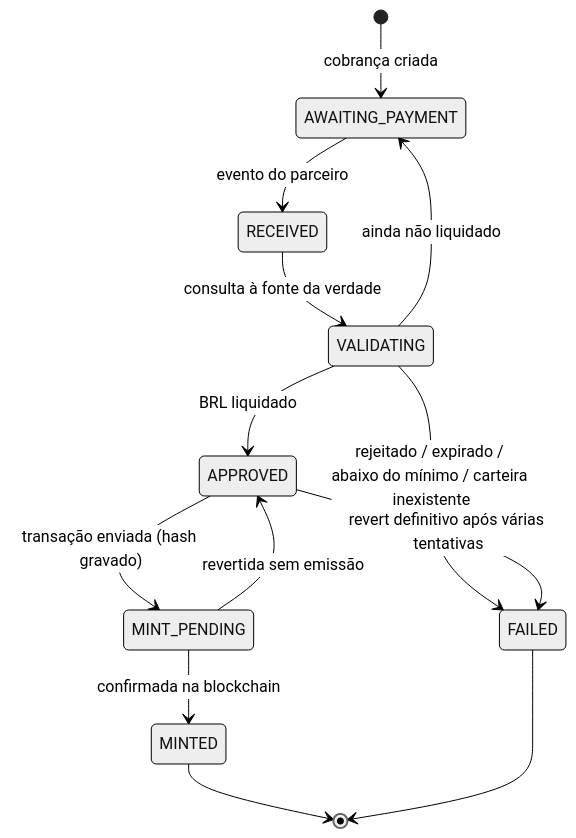
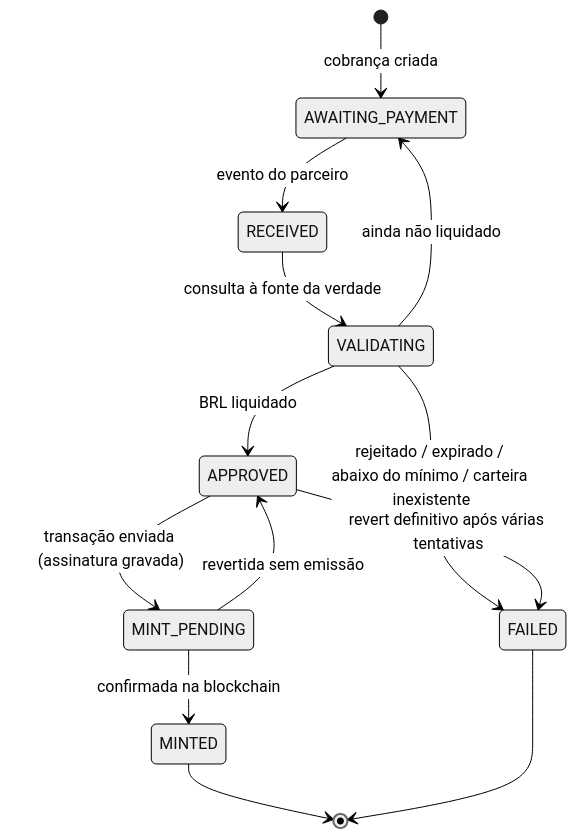
Before and after one commit to Peragus01/Mumbuca-plus: the fourth of 4 diagrams in README.md, drawn with Mermaid (neutral theme). The commit also changed other lines of this file and 1 other file, not shown here.

````diff
--- a/README.md
+++ b/README.md
@@ -242,15 +242,15 @@
 ```mermaid
 stateDiagram-v2
     [*] --> AWAITING_PAYMENT: cobrança criada
     AWAITING_PAYMENT --> RECEIVED: evento do parceiro
     RECEIVED --> VALIDATING: consulta à fonte da verdade
     VALIDATING --> AWAITING_PAYMENT: ainda não liquidado
     VALIDATING --> APPROVED: BRL liquidado
     VALIDATING --> FAILED: rejeitado / expirado / abaixo do mínimo / carteira inexistente
-    APPROVED --> MINT_PENDING: transação enviada (hash gravado)
+    APPROVED --> MINT_PENDING: transação enviada (assinatura gravada)
     MINT_PENDING --> MINTED: confirmada na blockchain
     MINT_PENDING --> APPROVED: revertida sem emissão
     APPROVED --> FAILED: revert definitivo após várias tentativas
     MINTED --> [*]
     FAILED --> [*]
 ```
````
